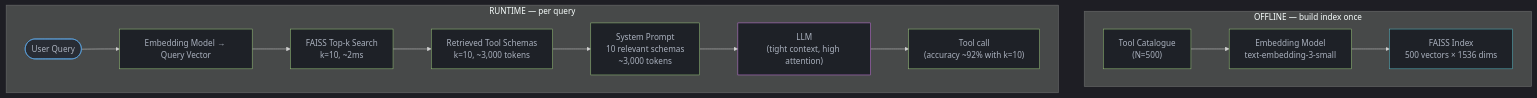
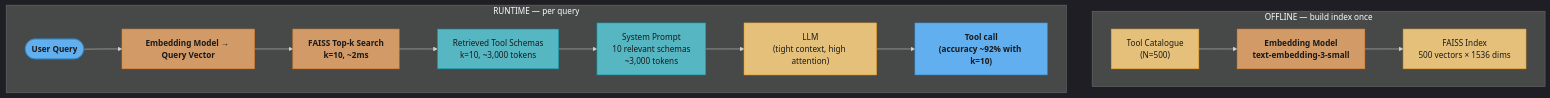
Before and after one commit to rppol/system-design: the second of 4 diagrams in src/main/java/com/rutik/systemdesign/llm/agents_and_tool_use/tool_selection_at_scale.md, drawn with Mermaid. The commit also changed other lines of this file and 88 other files, not shown here.

````diff
--- a/src/main/java/com/rutik/systemdesign/llm/agents_and_tool_use/tool_selection_at_scale.md
+++ b/src/main/java/com/rutik/systemdesign/llm/agents_and_tool_use/tool_selection_at_scale.md
@@ -101,27 +103,29 @@
 ```mermaid
 %%{init: {'flowchart': {'curve': 'basis'}, 'theme': 'dark'}}%%
 flowchart TD
+    classDef io      fill:#61afef,stroke:#2e86c1,color:#1a1a1a,font-weight:bold
+    classDef frozen  fill:#c678dd,stroke:#9b59b6,color:#fff
+    classDef train   fill:#98c379,stroke:#27ae60,color:#1a1a1a
+    classDef mathOp  fill:#d19a66,stroke:#e67e22,color:#1a1a1a,font-weight:bold
+    classDef lossN   fill:#e06c75,stroke:#c0392b,color:#fff,font-weight:bold
+    classDef req     fill:#56b6c2,stroke:#0097a7,color:#1a1a1a
+    classDef base    fill:#e5c07b,stroke:#f39c12,color:#1a1a1a
+
     subgraph OFFLINE["OFFLINE — build index once"]
         Catalog["Tool Catalogue\n(N=500)"] --> EmbedOff["Embedding Model\ntext-embedding-3-small"]
         EmbedOff --> Index["FAISS Index\n500 vectors × 1536 dims"]
     end
     subgraph RUNTIME["RUNTIME — per query"]
         Query([User Query]) --> EmbedQ["Embedding Model → Query Vector"]
         EmbedQ --> Search["FAISS Top-k Search\nk=10, ~2ms"]
         Search --> Schemas["Retrieved Tool Schemas\nk=10, ~3,000 tokens"]
         Schemas --> Prompt["System Prompt\n10 relevant schemas\n~3,000 tokens"]
         Prompt --> LLM["LLM\n(tight context, high attention)"]
         LLM --> Call["Tool call\n(accuracy ~92% with k=10)"]
     end
 
-    classDef io     fill:#282c34,stroke:#61afef,color:#abb2bf
-    classDef proc   fill:#1e2127,stroke:#98c379,color:#abb2bf
-    classDef llm    fill:#1e2127,stroke:#c678dd,color:#abb2bf
-    classDef store  fill:#1e2127,stroke:#56b6c2,color:#abb2bf
-
-    class Query io
-    class Catalog,EmbedOff,EmbedQ,Search,Schemas,Prompt proc
-    class Index store
-    class LLM llm
-    class Call proc
+    class Query,Call io
+    class EmbedOff,EmbedQ,Search mathOp
+    class Schemas,Prompt req
+    class Catalog,Index,LLM base
 ```
````
